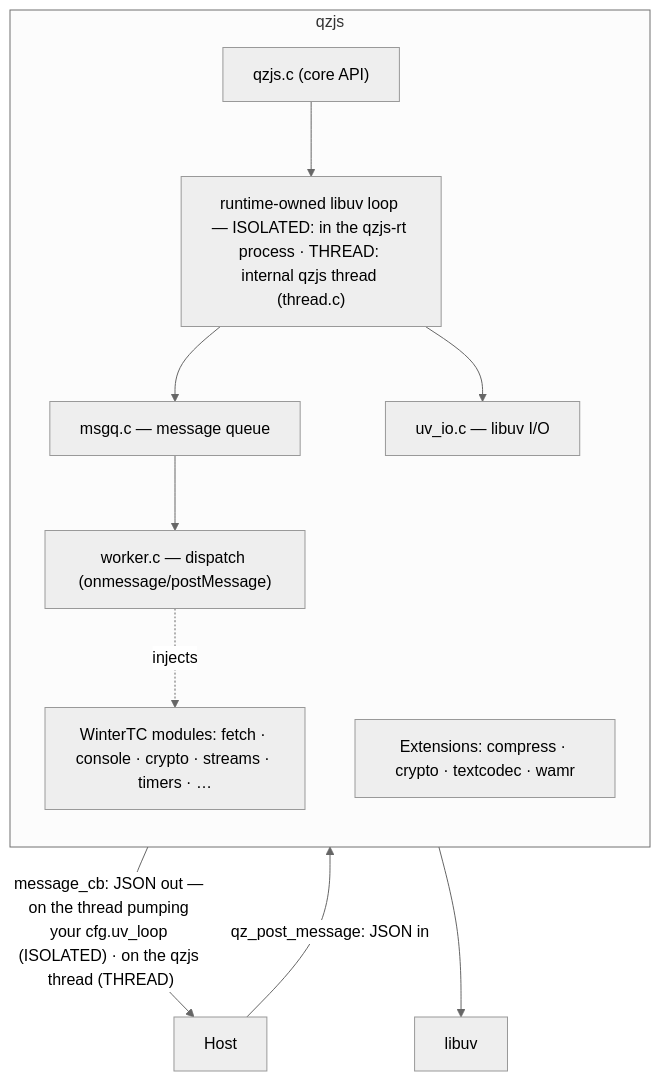
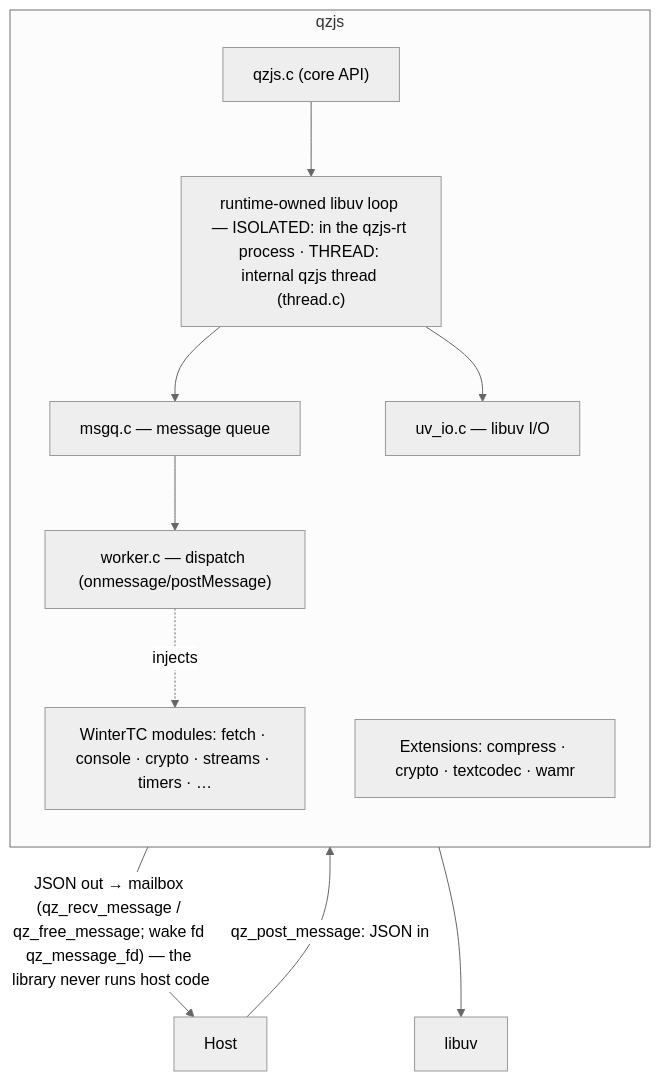
One commit to adam-ikari/qzjs changed the diagram in docs/index.md. Above: the diagram before and after it, drawn with Mermaid (neutral theme). The commit also changed other lines of this file and 32 other files, not shown here.

````diff
--- a/docs/index.md
+++ b/docs/index.md
@@ -86,21 +79,21 @@
 ```mermaid
 flowchart TB
     subgraph AM["qzjs"]
         direction TB
         Core["qzjs.c (core API)"]
         Thread["runtime-owned libuv loop — ISOLATED: in the qzjs-rt process · THREAD: internal qzjs thread (thread.c)"]
         Msgq["msgq.c — message queue"]
         Worker["worker.c — dispatch (onmessage/postMessage)"]
         UvIO["uv_io.c — libuv I/O"]
         Core --> Thread
         Thread --> Msgq
         Msgq --> Worker
         Thread --> UvIO
         JS["WinterTC modules: fetch · console · crypto · streams · timers · …"]
         ExtList["Extensions: compress · crypto · textcodec · wamr"]
         Worker -.injects.-> JS
     end
     HOST["Host"] -->|"qz_post_message: JSON in"| Msgq
-    Worker -->|"message_cb: JSON out — on the thread pumping your cfg.uv_loop (ISOLATED) · on the qzjs thread (THREAD)"| HOST
+    Worker -->|"JSON out → mailbox (qz_recv_message / qz_free_message; wake fd qz_message_fd) — the library never runs host code"| HOST
     UvIO --> LIBUV["libuv"]
 ```
````
